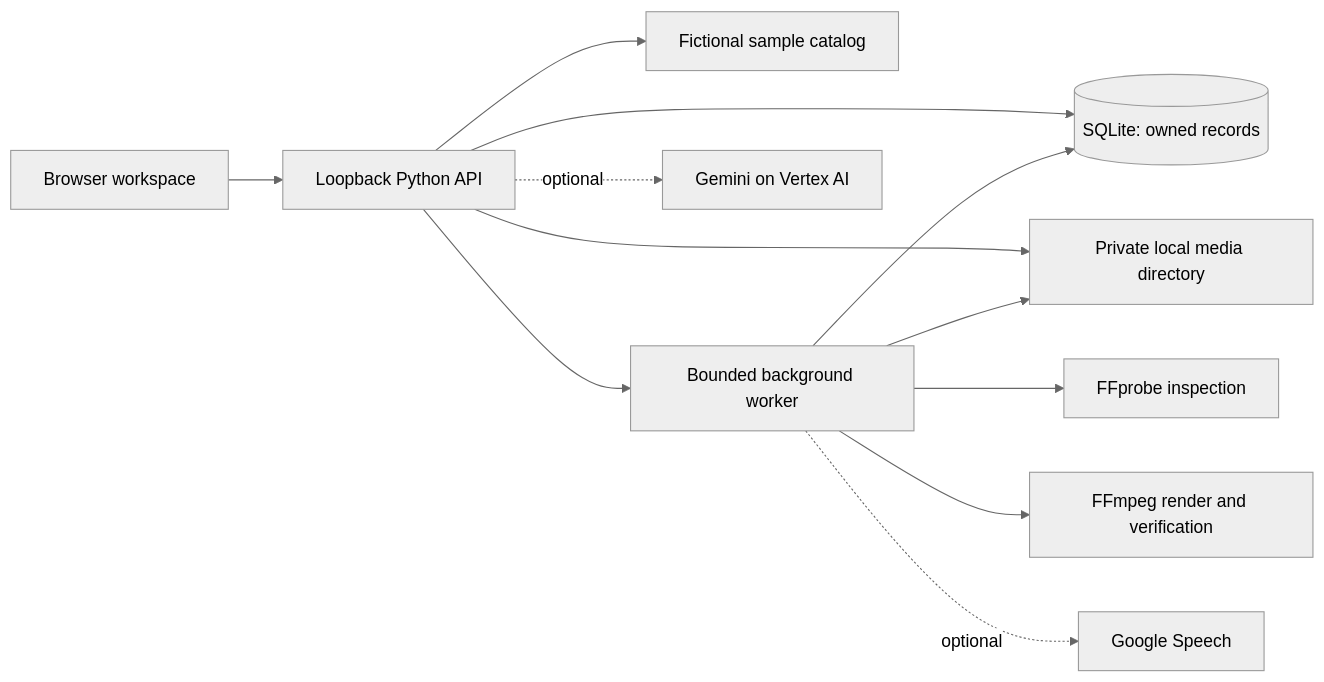
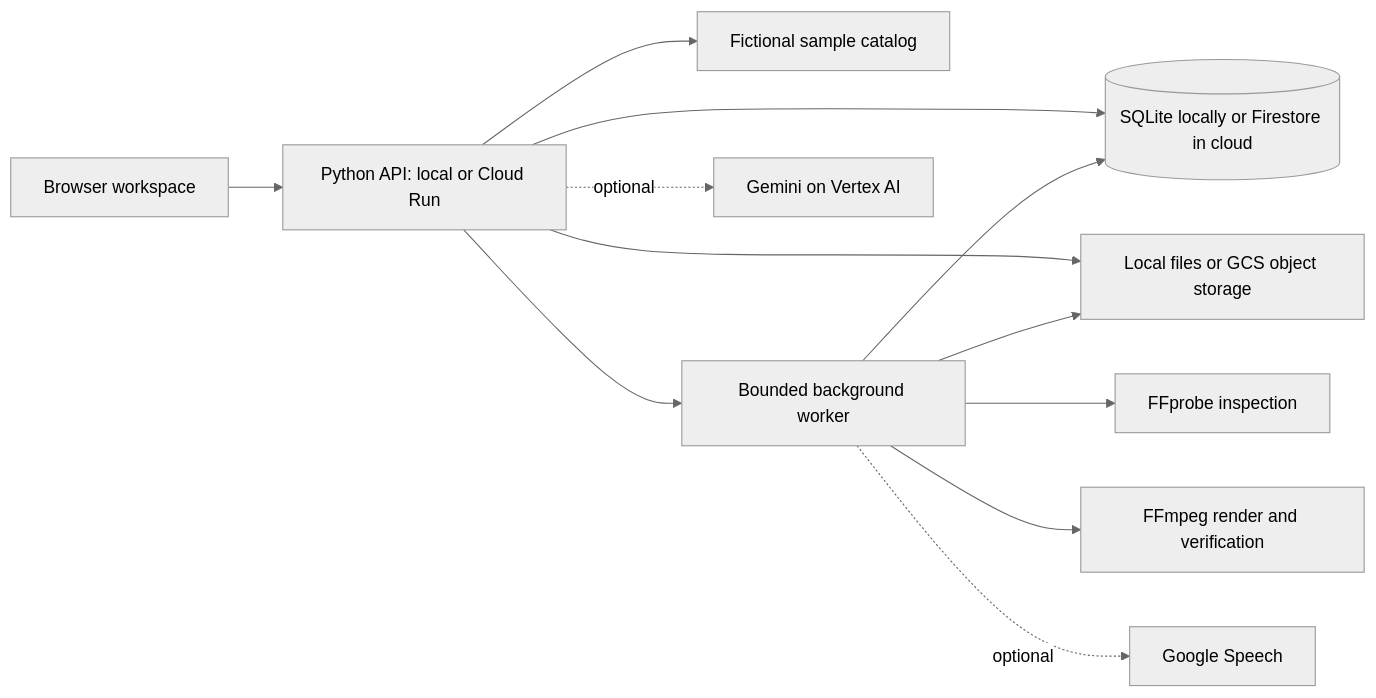
Before and after one commit to Himancer/Butler: the diagram in README.md, drawn with Mermaid (neutral theme). The commit also changed other lines of this file and 16 other files, not shown here.

````diff
--- a/README.md
+++ b/README.md
@@ -119,14 +174,14 @@
 ```mermaid
 flowchart LR
-	Browser[Browser workspace] --> API[Loopback Python API]
+	Browser[Browser workspace] --> API[Python API: local or Cloud Run]
 	API --> Catalog[Fictional sample catalog]
-	API --> DB[(SQLite: owned records)]
-	API --> Files[Private local media directory]
+	API --> DB[(SQLite locally or Firestore in cloud)]
+	API --> Files[Local files or GCS object storage]
 	API --> Worker[Bounded background worker]
 	Worker --> Probe[FFprobe inspection]
 	Worker --> Render[FFmpeg render and verification]
 	Worker --> DB
 	Worker --> Files
 	API -. optional .-> Vertex[Gemini on Vertex AI]
 	Worker -. optional .-> Speech[Google Speech]
 ```
````
